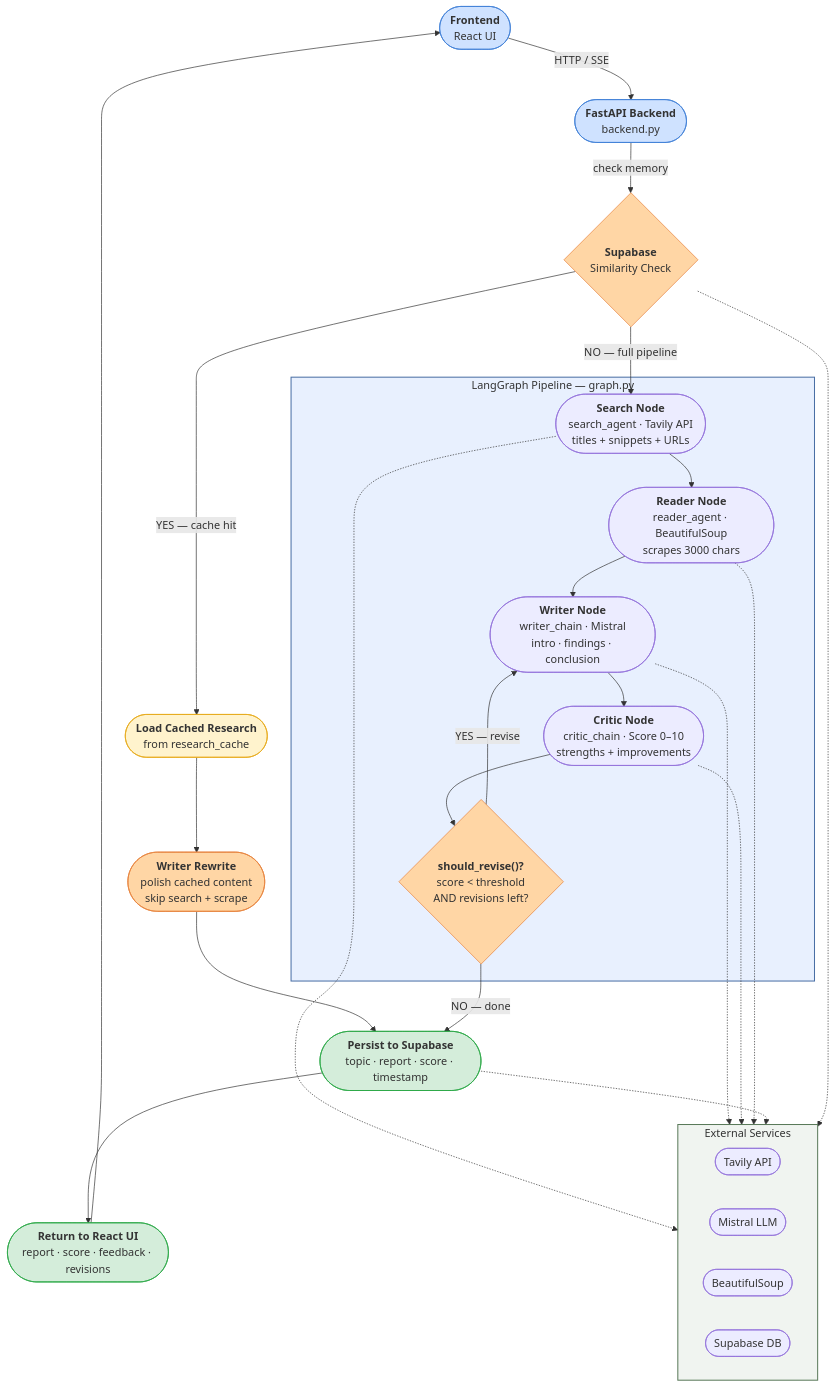
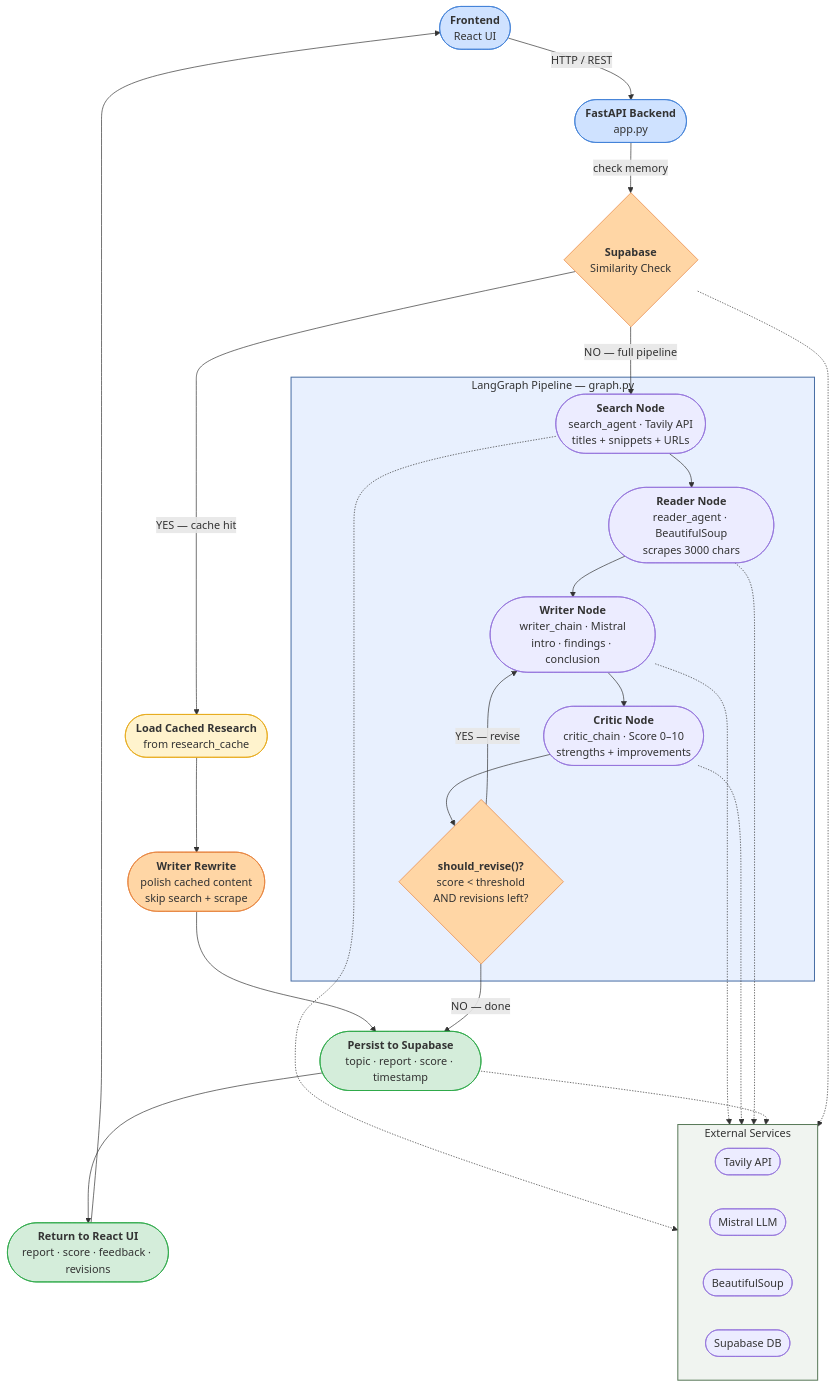
One commit to AsthaBhaskar/multi-agent-research-agent changed the first of 2 diagrams in README.md. Above: the diagram before and after it, drawn with Mermaid.

````diff
--- a/README.md
+++ b/README.md
@@ -21,78 +21,78 @@
 ```mermaid
 flowchart TD
     UI(["`**Frontend**
     React UI`"])
     API(["`**FastAPI Backend**
-    backend.py`"])
+    app.py`"])
     SUPA_CHECK{"`**Supabase**
     Similarity Check`"}
     CACHE_HIT(["`**Load Cached Research**
     from research_cache`"])
     WRITER_FAST(["`**Writer Rewrite**
     polish cached content
     skip search + scrape`"])
 
     subgraph PIPELINE ["  LangGraph Pipeline — graph.py  "]
         SEARCH(["`**Search Node**
         search_agent · Tavily API
         titles + snippets + URLs`"])
         READER(["`**Reader Node**
         reader_agent · BeautifulSoup
         scrapes 3000 chars`"])
         WRITER(["`**Writer Node**
         writer_chain · Mistral
         intro · findings · conclusion`"])
         CRITIC(["`**Critic Node**
         critic_chain · Score 0–10
         strengths + improvements`"])
         REVISE{"`**should_revise()?**
         score < threshold
         AND revisions left?`"}
     end
 
     SAVE(["`**Persist to Supabase**
     topic · report · score · timestamp`"])
     RESULT(["`**Return to React UI**
     report · score · feedback · revisions`"])
 
     subgraph EXTERNAL ["  External Services  "]
         direction LR
         T([Tavily API])
         M([Mistral LLM])
         B([BeautifulSoup])
         S([Supabase DB])
     end
 
-    UI -->|HTTP / SSE| API
+    UI -->|HTTP / REST| API
     API -->|check memory| SUPA_CHECK
     SUPA_CHECK -->|YES — cache hit| CACHE_HIT
     CACHE_HIT --> WRITER_FAST
     WRITER_FAST --> SAVE
     SUPA_CHECK -->|NO — full pipeline| SEARCH
     SEARCH --> READER
     READER --> WRITER
     WRITER --> CRITIC
     CRITIC --> REVISE
     REVISE -->|YES — revise| WRITER
     REVISE -->|NO — done| SAVE
     SAVE --> RESULT
     RESULT --> UI
 
     SEARCH -.-> T
     WRITER -.-> M
     CRITIC -.-> M
     READER -.-> B
     SAVE -.-> S
     SUPA_CHECK -.-> S
 
     style PIPELINE fill:#e8f0fe,stroke:#4a6fa5,stroke-width:1.5px
     style EXTERNAL fill:#f0f4f0,stroke:#5a7a5a,stroke-width:1.5px
     style CACHE_HIT fill:#fff3cd,stroke:#e6a817
     style WRITER_FAST fill:#ffd6a5,stroke:#e6813a
     style SUPA_CHECK fill:#ffd6a5,stroke:#e6813a
     style REVISE fill:#ffd6a5,stroke:#e6813a
     style SAVE fill:#d4edda,stroke:#28a745
     style RESULT fill:#d4edda,stroke:#28a745
     style UI fill:#cfe2ff,stroke:#3d7ed6
     style API fill:#cfe2ff,stroke:#3d7ed6
 ```
````
